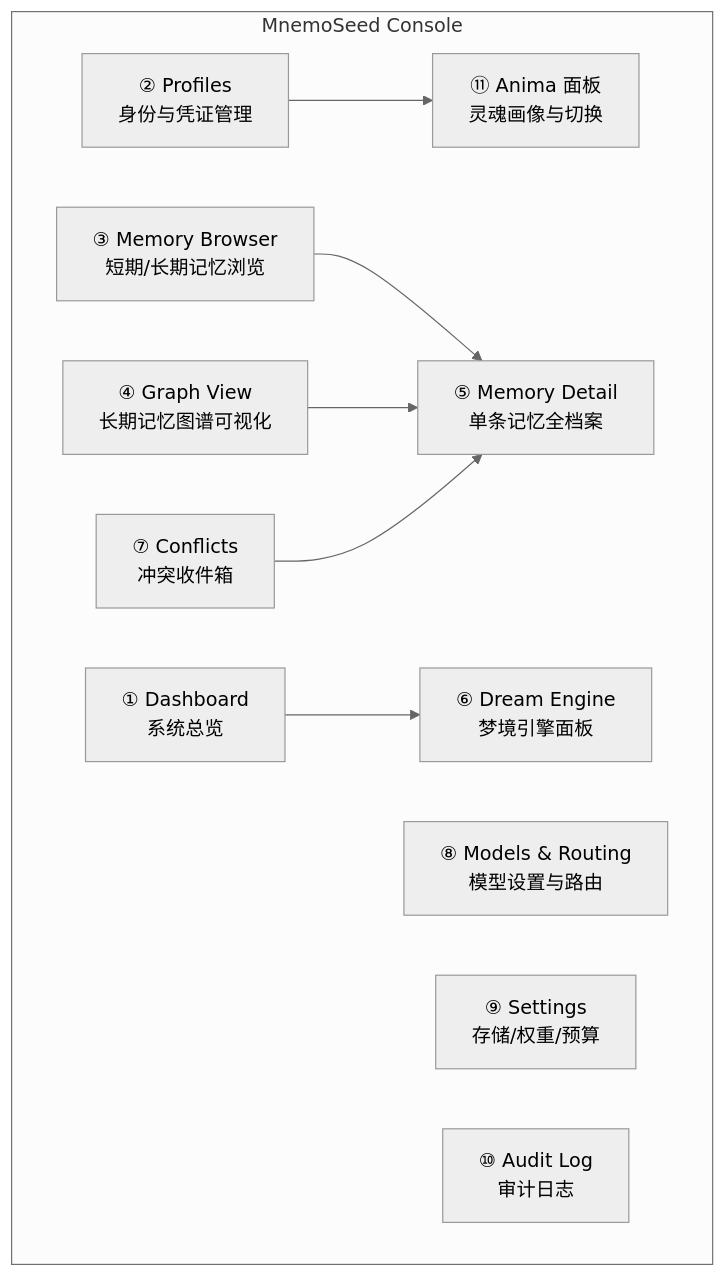
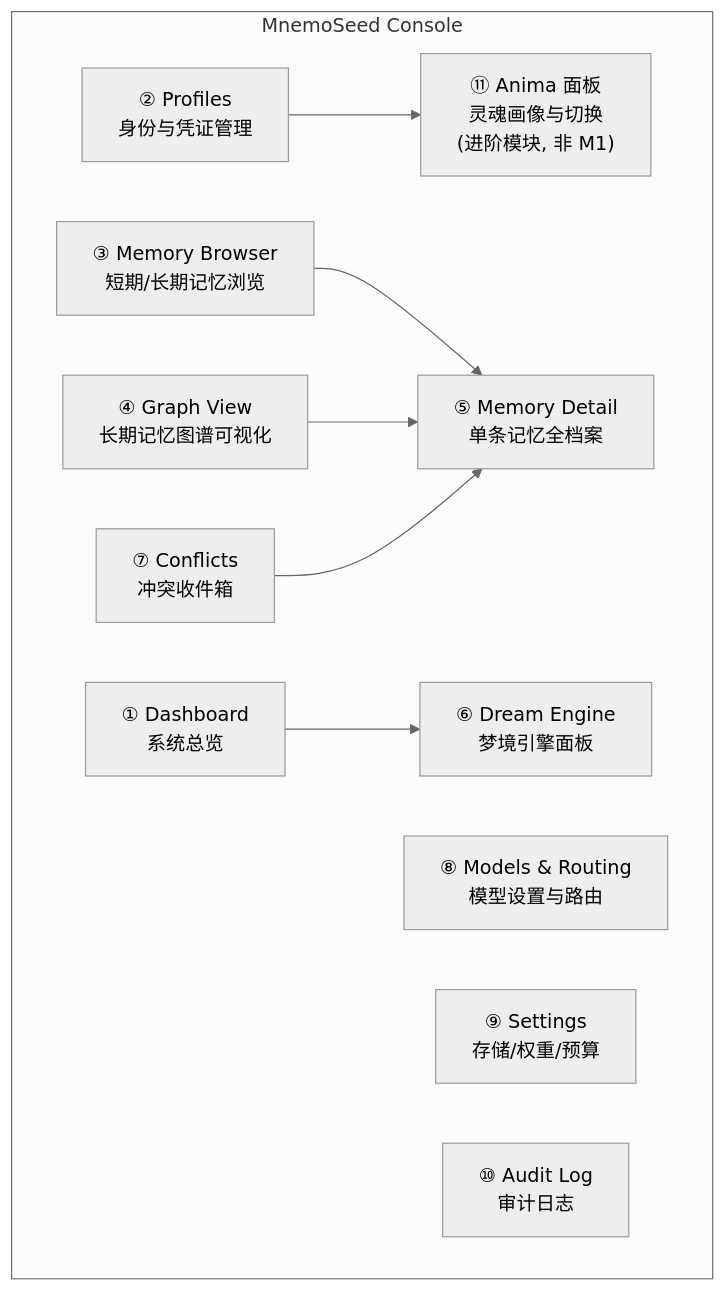
The first of 2 diagrams in docs/design/07-管理控制台.md (MnemoSeed/mnemoseed), drawn with Mermaid (neutral theme) before and after one commit. The commit also changed other lines of this file and 11 other files, not shown here.

````diff
--- a/docs/design/07-管理控制台.md
+++ b/docs/design/07-管理控制台.md
@@ -17,21 +17,21 @@
 ```mermaid
 flowchart TB
     subgraph Console["MnemoSeed Console"]
         DASH["① Dashboard<br/>系统总览"]
         PROF["② Profiles<br/>身份与凭证管理"]
         MEM["③ Memory Browser<br/>短期/长期记忆浏览"]
         GRAPH["④ Graph View<br/>长期记忆图谱可视化"]
         DET["⑤ Memory Detail<br/>单条记忆全档案"]
         DREAM["⑥ Dream Engine<br/>梦境引擎面板"]
         CONF["⑦ Conflicts<br/>冲突收件箱"]
         MODEL["⑧ Models & Routing<br/>模型设置与路由"]
         SET["⑨ Settings<br/>存储/权重/预算"]
         AUDIT["⑩ Audit Log<br/>审计日志"]
-        ANIMA["⑪ Anima 面板<br/>灵魂画像与切换"]
+        ANIMA["⑪ Anima 面板<br/>灵魂画像与切换<br/>(进阶模块, 非 M1)"]
     end
     PROF --> ANIMA
     MEM --> DET
     GRAPH --> DET
     CONF --> DET
     DASH --> DREAM
 ```
````
